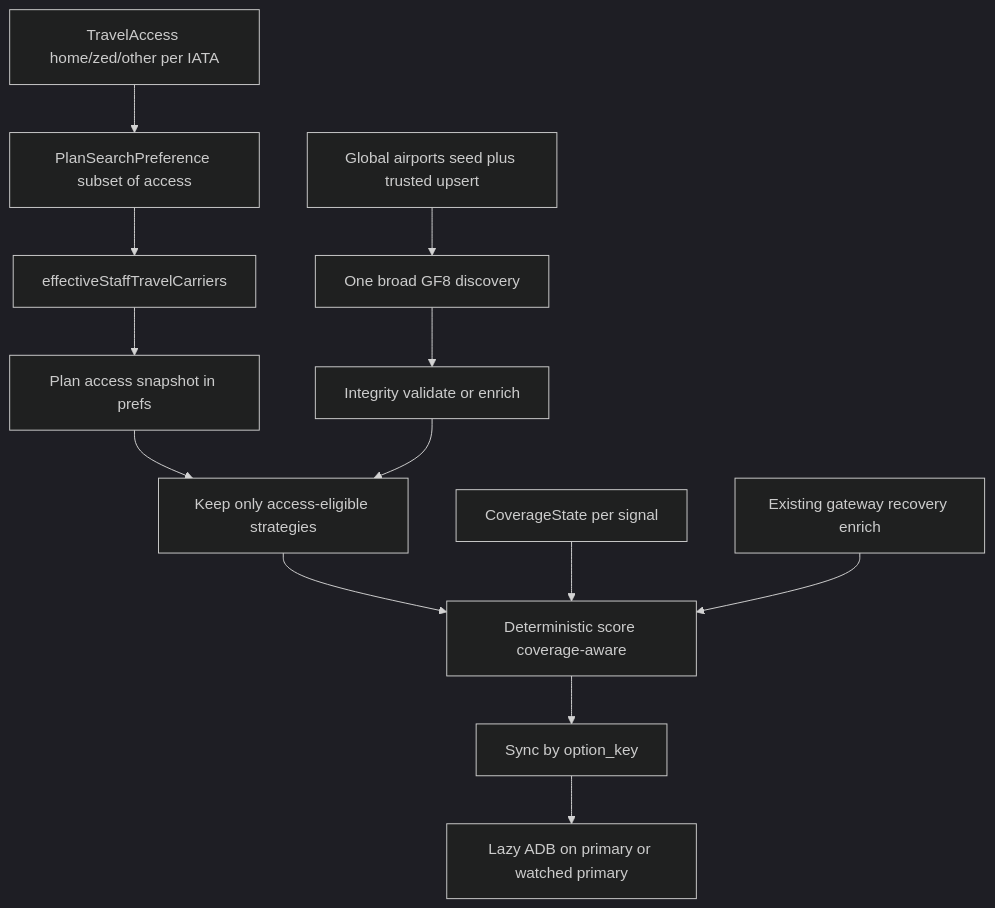
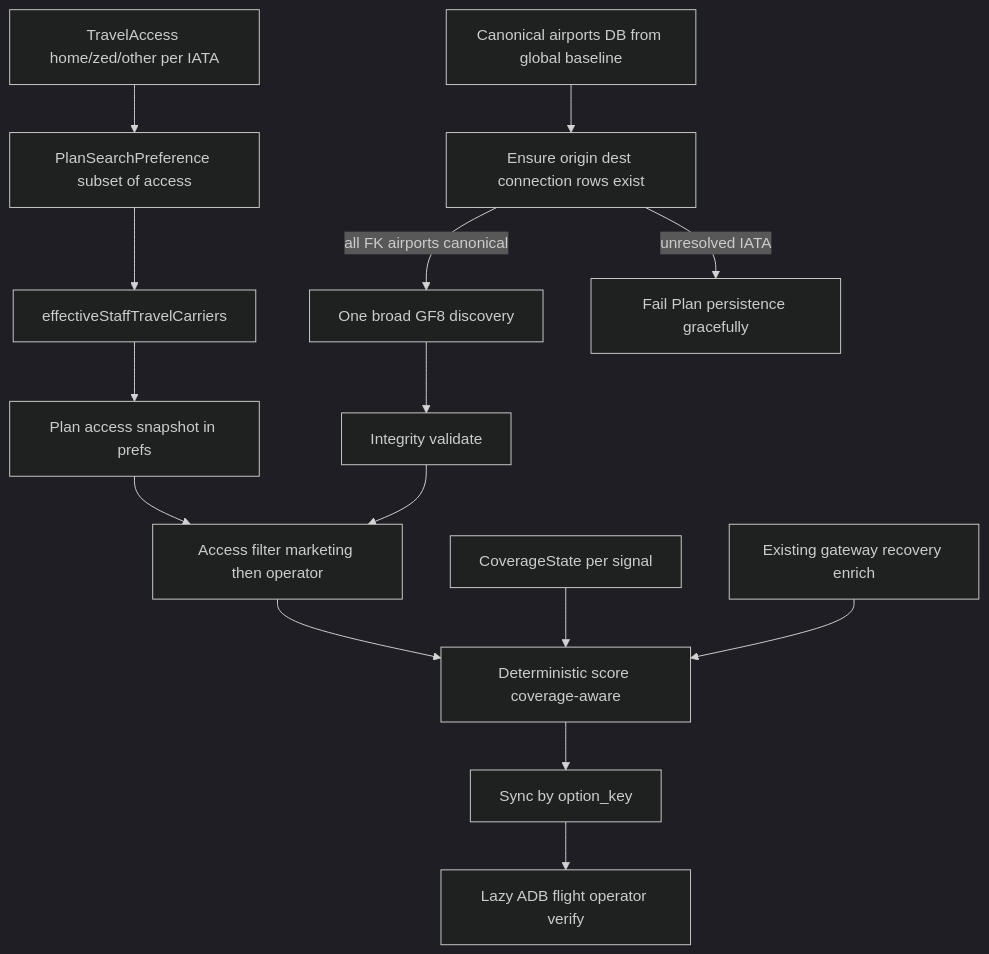
One commit to javonrice/standbye changed the diagram in docs/access-aware-plan-engine.md. Above: the diagram before and after it, drawn with Mermaid (dark theme). The commit also changed other lines of this file, not shown here.

First line of the commit message:
Revise access-aware plan V2.1: FK airports, no ADB registry, eligibility

````diff
--- a/docs/access-aware-plan-engine.md
+++ b/docs/access-aware-plan-engine.md
@@ -32,28 +35,31 @@
 ```mermaid
 flowchart TD
   profile[TravelAccess home/zed/other per IATA]
   planPref[PlanSearchPreference subset of access]
   snapshot[Plan access snapshot in prefs]
   effective[effectiveStaffTravelCarriers]
-  airports[Global airports seed plus trusted upsert]
+  airportDb[Canonical airports DB from global baseline]
+  ensureAirports[Ensure origin dest connection rows exist]
   gf8[One broad GF8 discovery]
-  validate[Integrity validate or enrich]
-  filter[Keep only access-eligible strategies]
+  validate[Integrity validate]
+  filter[Access filter marketing then operator]
   score[Deterministic score coverage-aware]
   gateways[Existing gateway recovery enrich]
   sync[Sync by option_key]
-  lazyAdb[Lazy ADB on primary or watched primary]
+  lazyAdb[Lazy ADB flight operator verify]
   coverage[CoverageState per signal]
   profile --> planPref
   planPref --> effective
   effective --> snapshot
+  airportDb --> ensureAirports
+  ensureAirports -->|all FK airports canonical| gf8
+  ensureAirports -->|unresolved IATA| failPlan[Fail Plan persistence gracefully]
   snapshot --> filter
-  airports --> gf8
   gf8 --> validate
   validate --> filter
   filter --> score
   coverage --> score
   gateways --> score
   score --> sync
   sync --> lazyAdb
 ```
````
